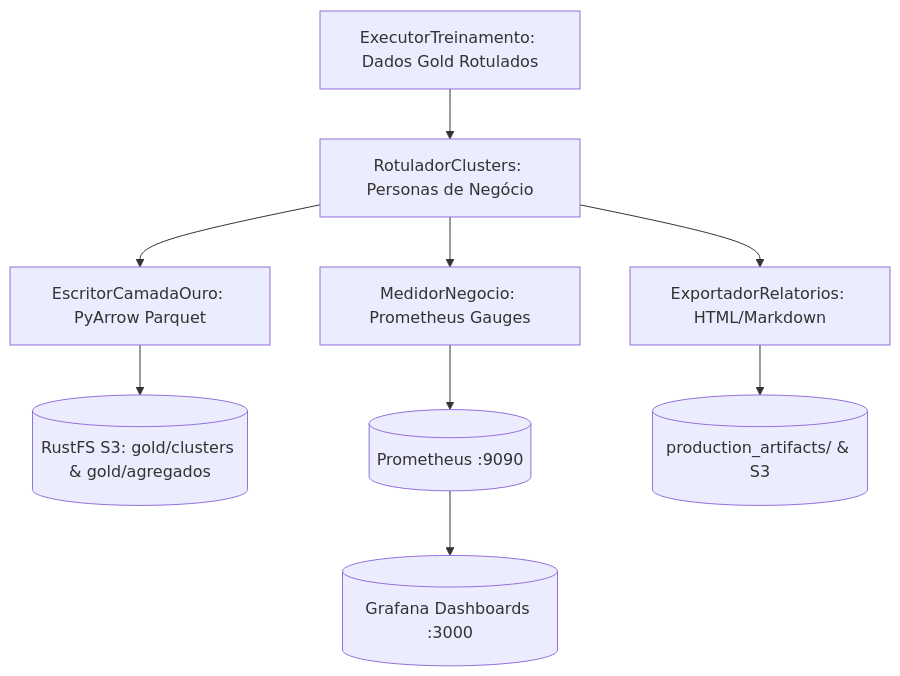
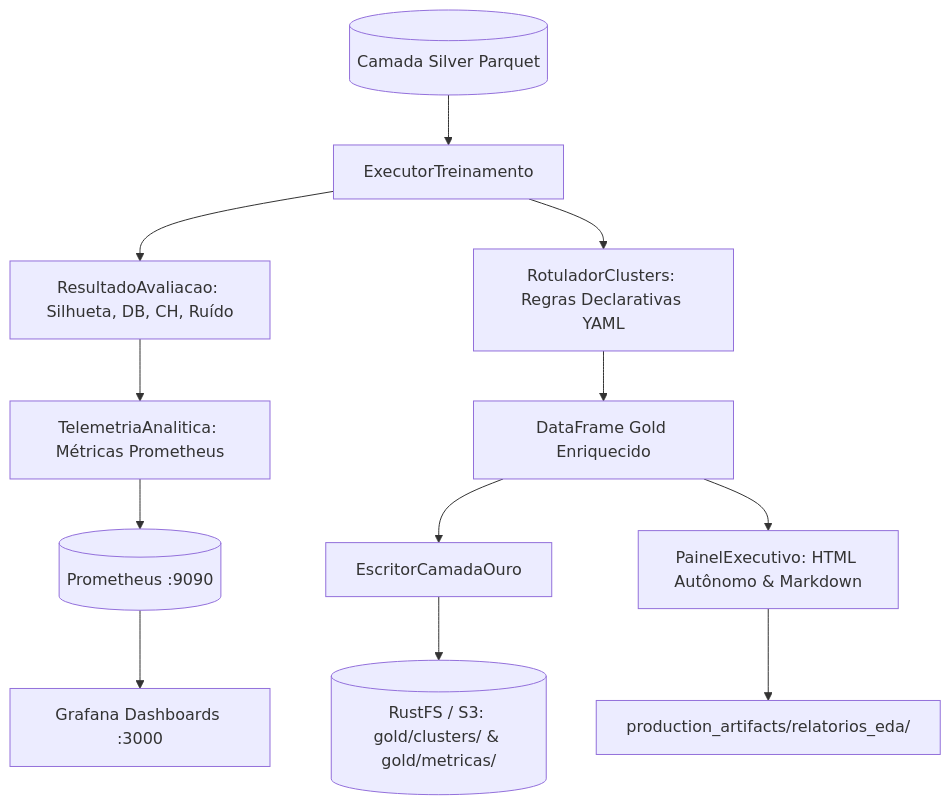
The diagram in production_artifacts/Technical_Specification_Fase4.md (rodrigorocha1234/agrupamento_comentarios_youtube), drawn with Mermaid before and after one commit. The commit also changed other lines of this file and 72 other files, not shown here.

````diff
--- a/production_artifacts/Technical_Specification_Fase4.md
+++ b/production_artifacts/Technical_Specification_Fase4.md
@@ -72,11 +87,14 @@
 ```mermaid
 flowchart TD
-    Treinador[ExecutorTreinamento: Dados Gold Rotulados] --> Rotulador[RotuladorClusters: Personas de Negócio]
-    Rotulador --> GoldWriter[EscritorCamadaOuro: PyArrow Parquet]
-    GoldWriter --> S3Gold[(RustFS S3: gold/clusters & gold/agregados)]
-    Rotulador --> MedidorNegocio[MedidorNegocio: Prometheus Gauges]
-    MedidorNegocio --> Prometheus[(Prometheus :9090)]
-    Prometheus --> GrafanaDash[(Grafana Dashboards :3000)]
-    Rotulador --> ExportadorRel[ExportadorRelatorios: HTML/Markdown]
-    ExportadorRel --> ArtifactsDir[(production_artifacts/ & S3)]
+    Silver[(Camada Silver Parquet)] --> Train[ExecutorTreinamento]
+    Train --> Eval[ResultadoAvaliacao: Silhueta, DB, CH, Ruído]
+    Train --> Rules[RotuladorClusters: Regras Declarativas YAML]
+    Rules --> GoldDF[DataFrame Gold Enriquecido]
+    GoldDF --> WriterGold[EscritorCamadaOuro]
+    WriterGold --> RustFS[(RustFS / S3: gold/clusters/ & gold/metricas/)]
+    Eval --> PromTelemetry[TelemetriaAnalitica: Métricas Prometheus]
+    PromTelemetry --> PrometheusServer[(Prometheus :9090)]
+    PrometheusServer --> GrafanaDashboards[Grafana Dashboards :3000]
+    GoldDF --> PlotlyReports[PainelExecutivo: HTML Autônomo & Markdown]
+    PlotlyReports --> HumanArtifacts[production_artifacts/relatorios_eda/]
 ```
````
